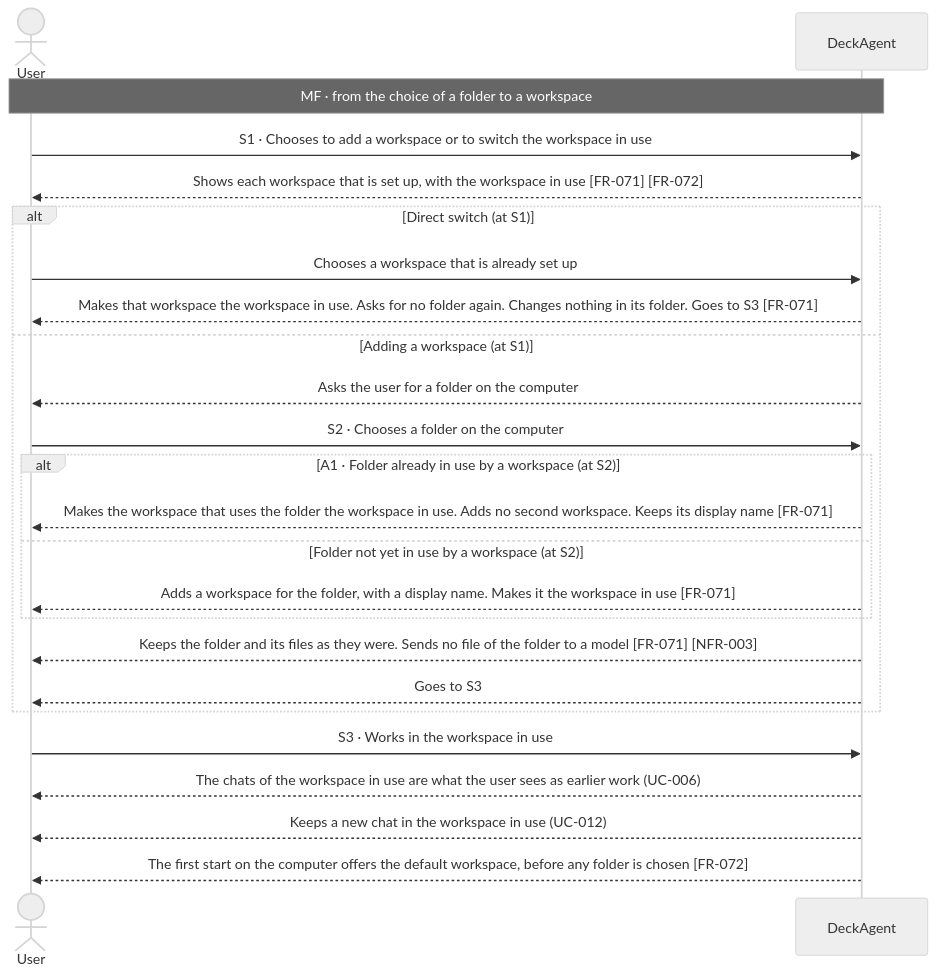
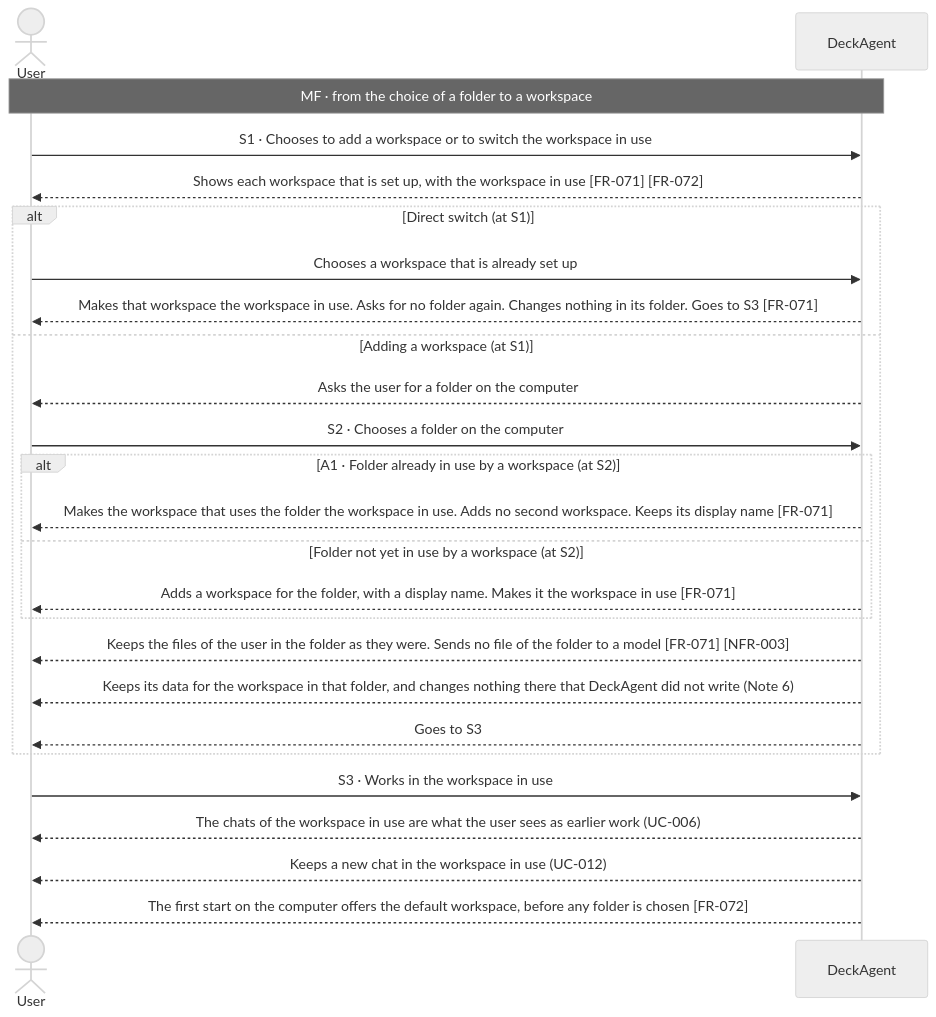
Before and after one commit to Luke23127006/DeckAgent: the first of 2 diagrams in docs/spec/03-use-cases/UC-013.md, drawn with Mermaid (neutral theme). The commit also changed other lines of this file and 14 other files, not shown here.

First line of the commit message:
docs(spec): keep workspace data apart from the files of the user

````diff
--- a/docs/spec/03-use-cases/UC-013.md
+++ b/docs/spec/03-use-cases/UC-013.md
@@ -41,26 +41,27 @@
 ```mermaid
 sequenceDiagram
     actor User
     participant DeckAgent
     Note over User,DeckAgent: MF · from the choice of a folder to a workspace
     User->>DeckAgent: S1 · Chooses to add a workspace or to switch the workspace in use
     DeckAgent-->>User: Shows each workspace that is set up, with the workspace in use [FR-071] [FR-072]
     alt Direct switch (at S1)
         User->>DeckAgent: Chooses a workspace that is already set up
         DeckAgent-->>User: Makes that workspace the workspace in use. Asks for no folder again. Changes nothing in its folder. Goes to S3 [FR-071]
     else Adding a workspace (at S1)
         DeckAgent-->>User: Asks the user for a folder on the computer
         User->>DeckAgent: S2 · Chooses a folder on the computer
         alt A1 · Folder already in use by a workspace (at S2)
             DeckAgent-->>User: Makes the workspace that uses the folder the workspace in use. Adds no second workspace. Keeps its display name [FR-071]
         else Folder not yet in use by a workspace (at S2)
             DeckAgent-->>User: Adds a workspace for the folder, with a display name. Makes it the workspace in use [FR-071]
         end
-        DeckAgent-->>User: Keeps the folder and its files as they were. Sends no file of the folder to a model [FR-071] [NFR-003]
+        DeckAgent-->>User: Keeps the files of the user in the folder as they were. Sends no file of the folder to a model [FR-071] [NFR-003]
+        DeckAgent-->>User: Keeps its data for the workspace in that folder, and changes nothing there that DeckAgent did not write (Note 6)
         DeckAgent-->>User: Goes to S3
     end
     User->>DeckAgent: S3 · Works in the workspace in use
     DeckAgent-->>User: The chats of the workspace in use are what the user sees as earlier work (UC-006)
     DeckAgent-->>User: Keeps a new chat in the workspace in use (UC-012)
     DeckAgent-->>User: The first start on the computer offers the default workspace, before any folder is chosen [FR-072]
 ```
````
